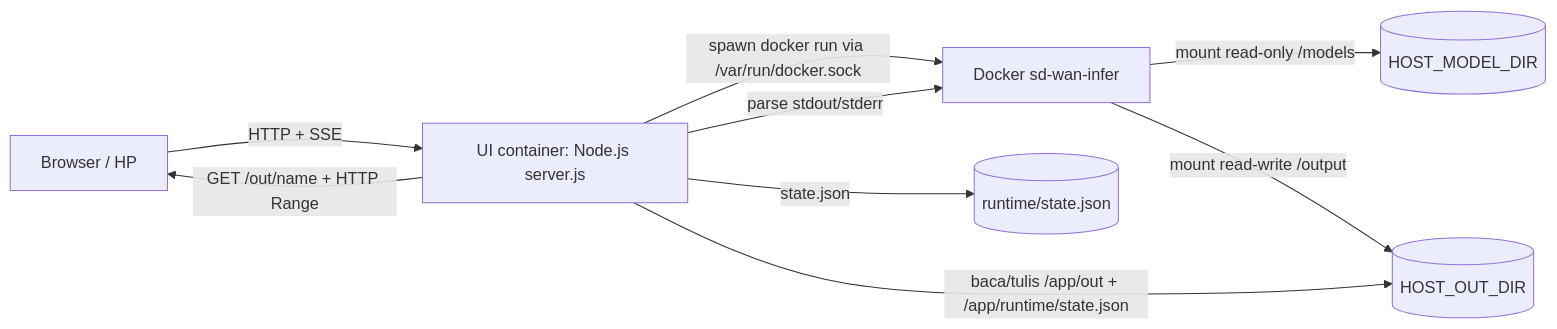
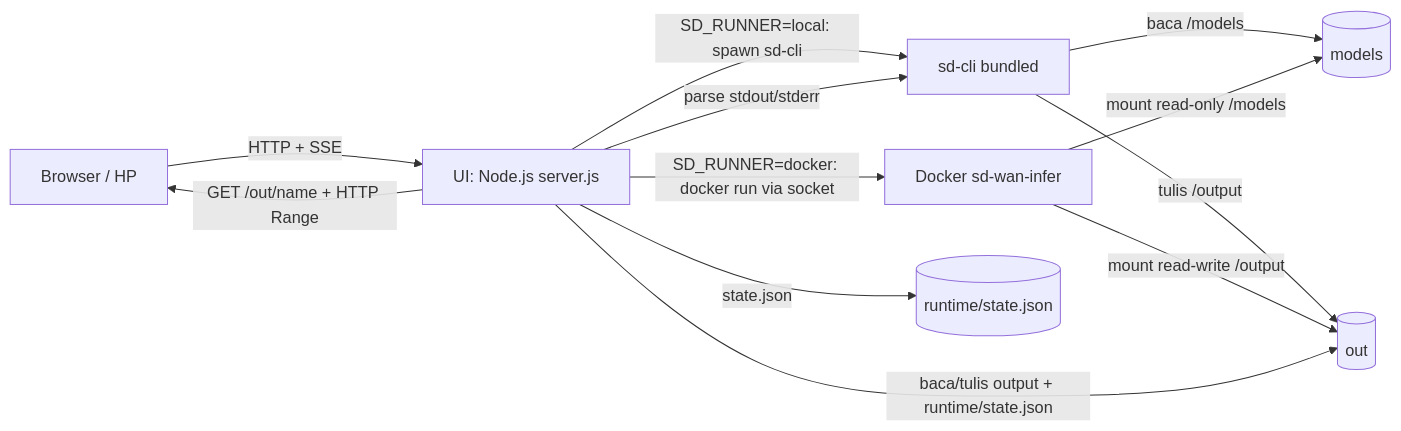
The diagram in README.md (snipkode/sd-wan-ui), drawn with Mermaid before and after one commit. The commit also changed other lines of this file and 7 other files, not shown here.

Commit message:
Add all-in-one image with local sd-cli runner

````diff
--- a/README.md
+++ b/README.md
@@ -114,11 +115,14 @@
 ```mermaid
 flowchart LR
-    B[Browser / HP] -->|HTTP + SSE| N[UI container: Node.js server.js]
-    N -->|spawn docker run via /var/run/docker.sock| D[Docker sd-wan-infer]
-    D -->|mount read-only /models| M[(HOST_MODEL_DIR)]
-    D -->|mount read-write /output| O[(HOST_OUT_DIR)]
-    N -->|baca/tulis /app/out + /app/runtime/state.json| O
-    N -->|parse stdout/stderr| D
+    B[Browser / HP] -->|HTTP + SSE| N[UI: Node.js server.js]
+    N -->|SD_RUNNER=local: spawn sd-cli| L[sd-cli bundled]
+    N -->|SD_RUNNER=docker: docker run via socket| D[Docker sd-wan-infer]
+    L -->|baca /models| M[(models)]
+    L -->|tulis /output| O[(out)]
+    D -->|mount read-only /models| M
+    D -->|mount read-write /output| O
+    N -->|baca/tulis output + runtime/state.json| O
+    N -->|parse stdout/stderr| L
     N -->|GET /out/name + HTTP Range| B
     N -->|state.json| S[(runtime/state.json)]
 ```
````
